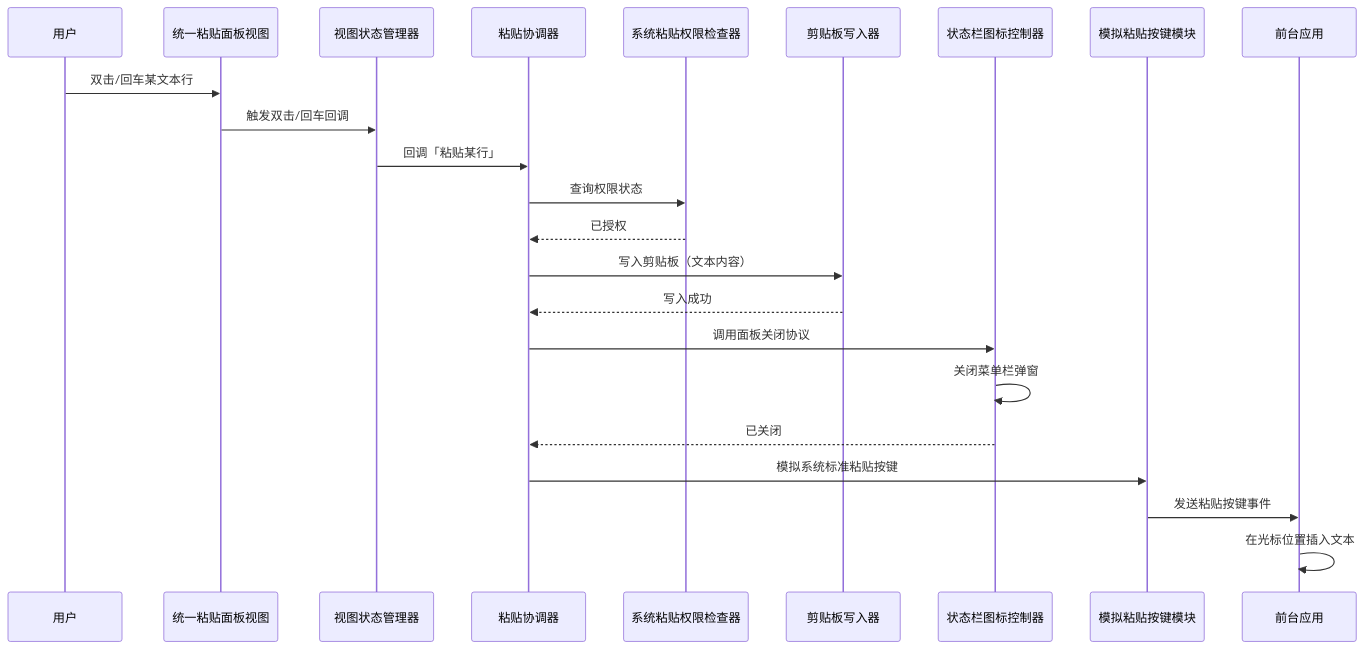
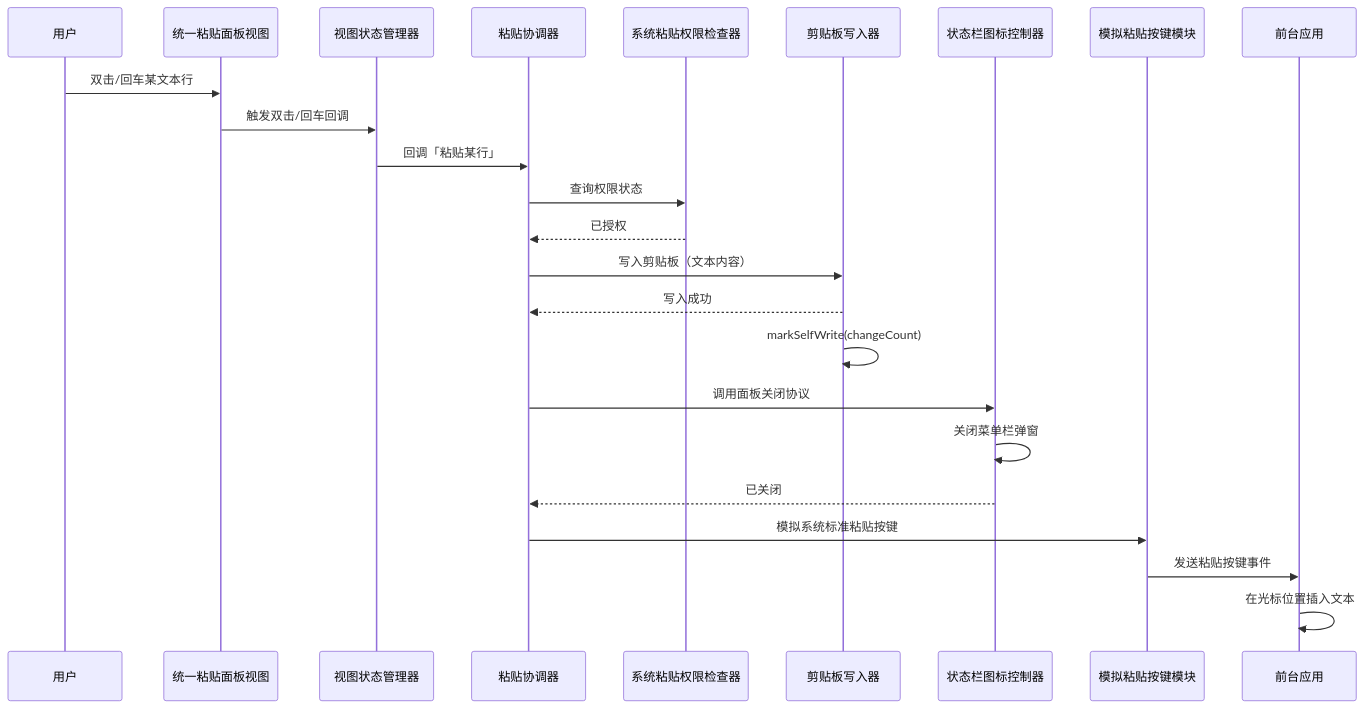
One commit to marcocpt/ClipMind changed the third of 10 diagrams in docs/planning/P0/F1/F1.11_菜单栏弹窗双击粘贴_设计文档.md. Above: the diagram before and after it, drawn with Mermaid. The commit also changed other lines of this file and 5 other files, not shown here.

````diff
--- a/docs/planning/P0/F1/F1.11_菜单栏弹窗双击粘贴_设计文档.md
+++ b/docs/planning/P0/F1/F1.11_菜单栏弹窗双击粘贴_设计文档.md
@@ -300,26 +301,27 @@
 ```mermaid
 sequenceDiagram
     participant User as 用户
     participant View as 统一粘贴面板视图
     participant VM as 视图状态管理器
     participant Coord as 粘贴协调器
     participant Access as 系统粘贴权限检查器
     participant Writer as 剪贴板写入器
     participant Status as 状态栏图标控制器
     participant Sim as 模拟粘贴按键模块
     participant Target as 前台应用
 
     User->>View: 双击/回车某文本行
     View->>VM: 触发双击/回车回调
     VM->>Coord: 回调「粘贴某行」
     Coord->>Access: 查询权限状态
     Access-->>Coord: 已授权
     Coord->>Writer: 写入剪贴板（文本内容）
     Writer-->>Coord: 写入成功
+    Writer->>Writer: markSelfWrite(changeCount)
     Coord->>Status: 调用面板关闭协议
     Status->>Status: 关闭菜单栏弹窗
     Status-->>Coord: 已关闭
     Coord->>Sim: 模拟系统标准粘贴按键
     Sim->>Target: 发送粘贴按键事件
     Target->>Target: 在光标位置插入文本
 ```
````
